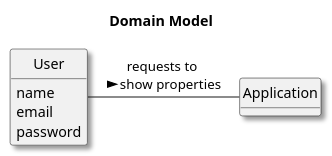
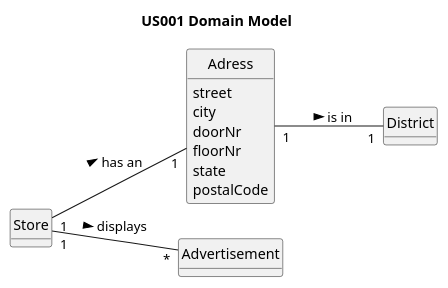
Before and after one commit to 1220812/LAPR2: the diagram in docs/sprintA/us001/02.analysis/puml/us001-domain-model.puml, drawn with PlantUML. The commit also changed 1 other file, not shown here.

Commit message:
US001 Domain Model done

```diff
--- a/docs/sprintA/us001/02.analysis/puml/us001-domain-model.puml
+++ b/docs/sprintA/us001/02.analysis/puml/us001-domain-model.puml
@@ -1,58 +1,34 @@
 @startuml
-skinparam monochrome false
+skinparam monochrome true
 skinparam packageStyle rectangle
-skinparam shadowing true
+skinparam shadowing false
 
-'left to right direction
-
-skinparam classAttributeIconSize 0
+left to right direction
 
 hide circle
 hide methods
 
-title Domain Model
+title US001 Domain Model
 
-'class Platform {
-' -description
-'}
-
-class User {
-    name
-    email
-    password
+class Adress{
+street
+city
+doorNr
+floorNr
+state
+postalCode
 }
 
-class Application {
-
+class District {
 }
 
-'class System {
-'}
+class Advertisement {
+}
 
-'class Properties {
-   'type of business
-   ' type of property
-   'number of rooms
-'}
+class Store{
+}
 
-
-
-'class Employee {
-''    name
-'    email
-'    position
-'    phone
-'}
-
-
-User - Application: requests to \nshow properties >
-''System - User: asks for filters >
-'Platform "1" -- "*" App : has registered >
-'Platform "1" -- "*" System : defines >
-'App "1" - "0..*" Employee : has >
-''Application "1" - System: has >
-'Task "*" -- "1" Employee: created by >
-'Employee "1" -- "*" Task : creates >
-'Employee "0..1" -- "1" User: acts as >
-''Properties - System: are registered in >
+Store "1"-- "*" Advertisement : displays >
+Store "1" -- "1" Adress : has an >
+Adress "1" -- "1" District : is in >
 @enduml
```
